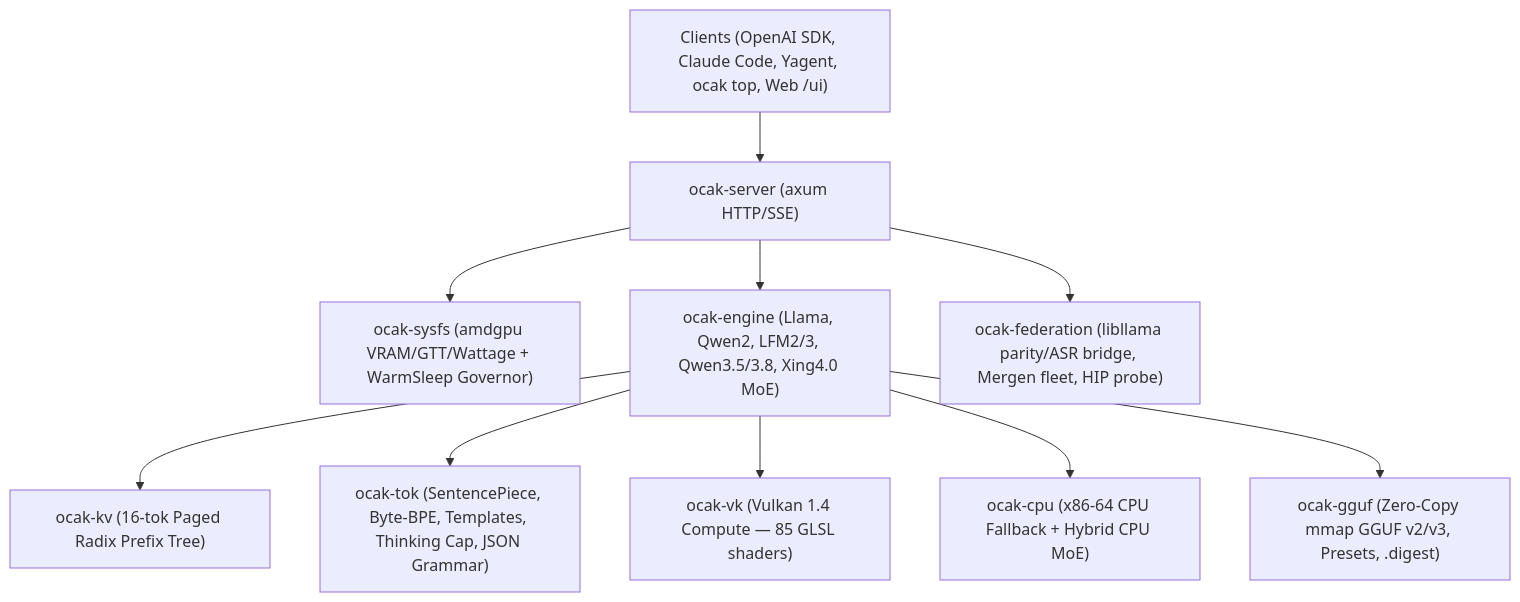
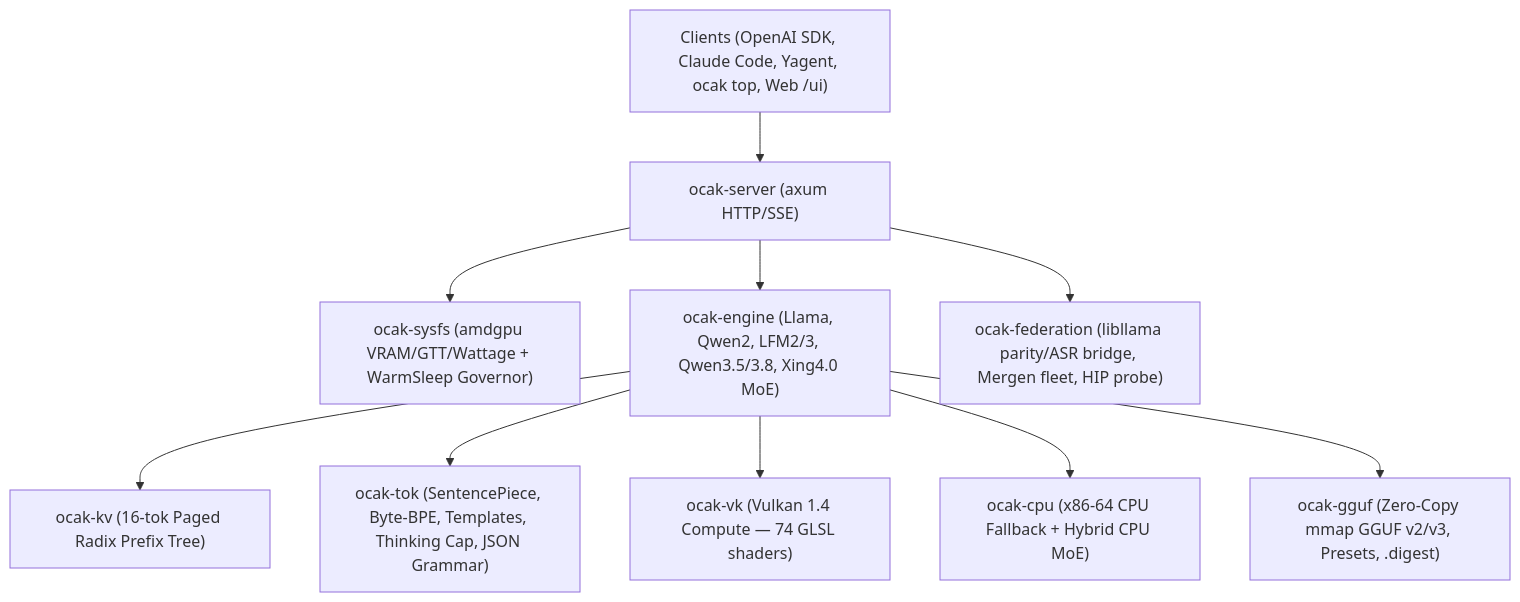
One commit to Mechres/ocak changed the diagram in README.md. Above: the diagram before and after it, drawn with Mermaid. The commit also changed other lines of this file and 16 other files, not shown here.

````diff
--- a/README.md
+++ b/README.md
@@ -34,12 +34,12 @@
 ```mermaid
 flowchart TD
     Clients["Clients (OpenAI SDK, Claude Code, Yagent, ocak top, Web /ui)"] --> Server["ocak-server (axum HTTP/SSE)"]
     Server --> Gov["ocak-sysfs (amdgpu VRAM/GTT/Wattage + WarmSleep Governor)"]
     Server --> Engine["ocak-engine (Llama, Qwen2, LFM2/3, Qwen3.5/3.8, Xing4.0 MoE)"]
     Server --> Fed["ocak-federation (libllama parity/ASR bridge, Mergen fleet, HIP probe)"]
     Engine --> KV["ocak-kv (16-tok Paged Radix Prefix Tree)"]
     Engine --> Tok["ocak-tok (SentencePiece, Byte-BPE, Templates, Thinking Cap, JSON Grammar)"]
-    Engine --> VK["ocak-vk (Vulkan 1.4 Compute — 85 GLSL shaders)"]
+    Engine --> VK["ocak-vk (Vulkan 1.4 Compute — 74 GLSL shaders)"]
     Engine --> CPU["ocak-cpu (x86-64 CPU Fallback + Hybrid CPU MoE)"]
     Engine --> GGUF["ocak-gguf (Zero-Copy mmap GGUF v2/v3, Presets, .digest)"]
 ```
````
